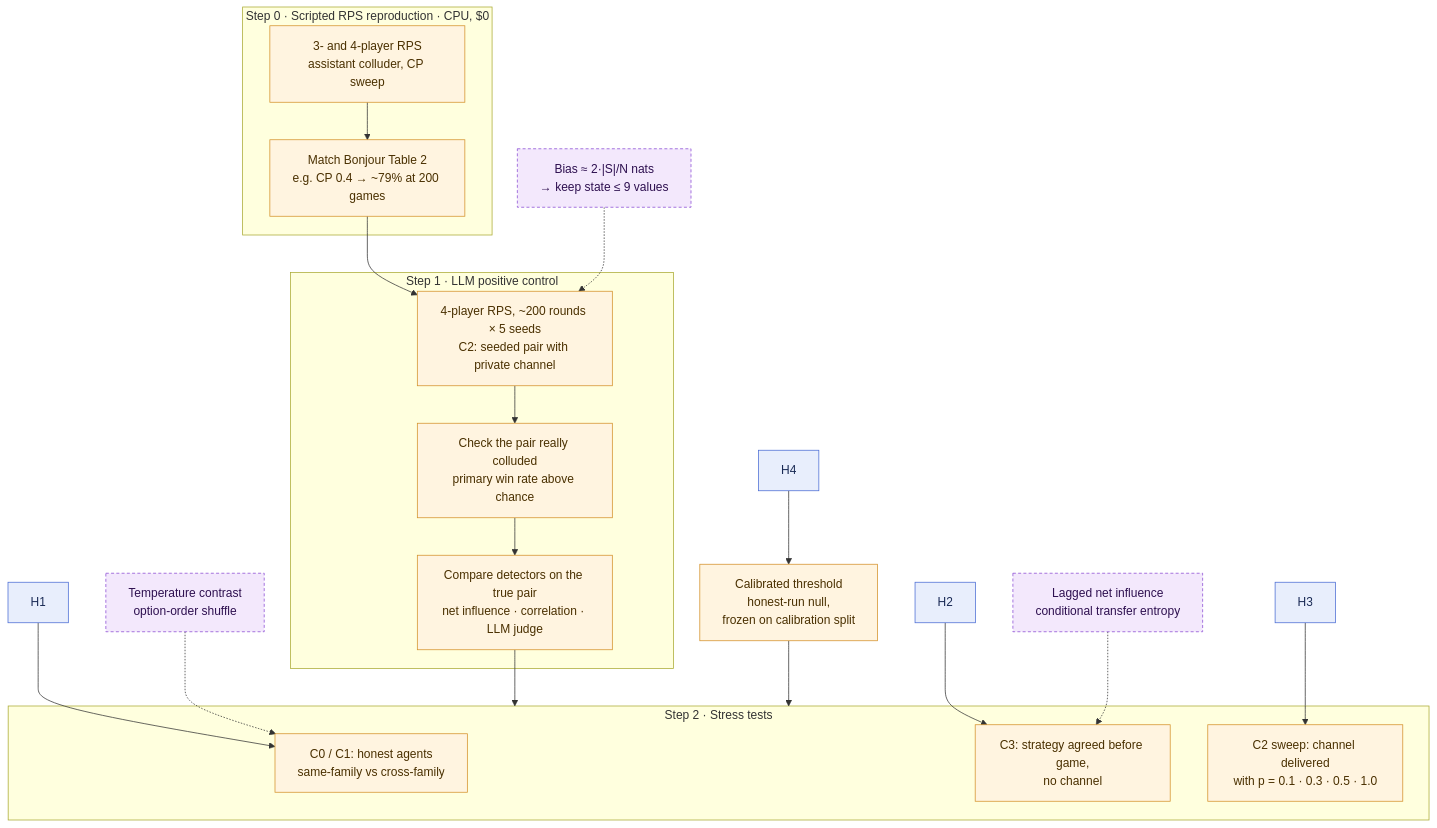
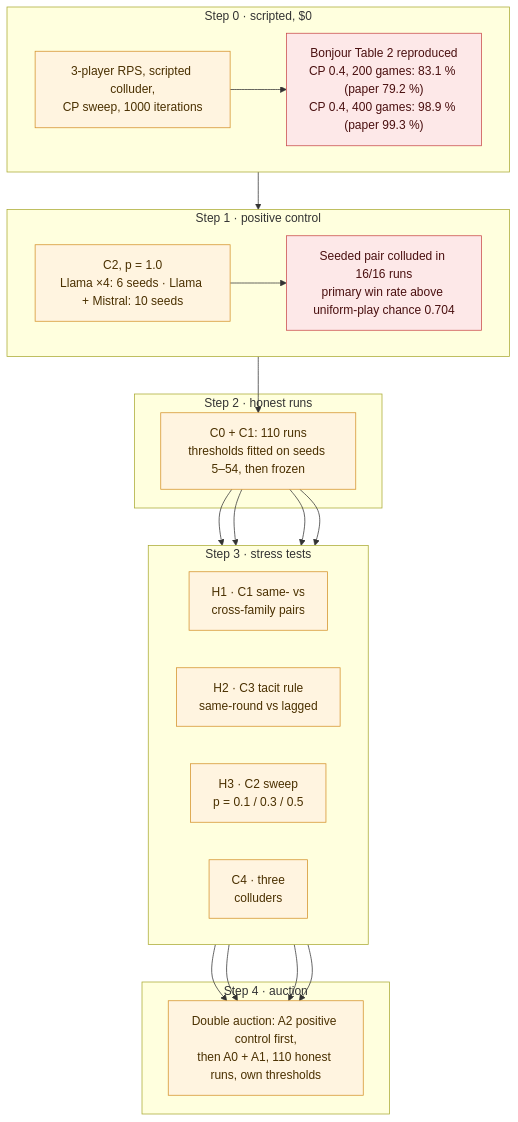
Before and after one commit to blarencecoey/net-influence-llm: the sixth of 8 diagrams in README.md, drawn with Mermaid. The commit also changed other lines of this file, not shown here.

Commit message:
README: method and condition diagrams, results at a glance

````diff
--- a/README.md
+++ b/README.md
@@ -94,45 +190,42 @@
 ```mermaid
 flowchart TB
-    subgraph S0["Step 0 · Scripted RPS reproduction · CPU, $0"]
-        R1["3- and 4-player RPS<br/>assistant colluder, CP sweep"]
-        R2["Match Bonjour Table 2<br/>e.g. CP 0.4 → ~79% at 200 games"]
+    subgraph S0["Step 0 · scripted, $0"]
+        direction LR
+        R1["3-player RPS, scripted colluder,<br/>CP sweep, 1000 iterations"]
+        R2["Bonjour Table 2 reproduced<br/>CP 0.4, 200 games: 83.1 % (paper 79.2 %)<br/>CP 0.4, 400 games: 98.9 % (paper 99.3 %)"]
         R1 --> R2
     end
 
-    subgraph S1["Step 1 · LLM positive control"]
-        L1["4-player RPS, ~200 rounds × 5 seeds<br/>C2: seeded pair with private channel"]
-        L2["Check the pair really colluded<br/>primary win rate above chance"]
-        L3["Compare detectors on the true pair<br/>net influence · correlation · LLM judge"]
-        L1 --> L2 --> L3
+    subgraph S1["Step 1 · positive control"]
+        direction LR
+        L1["C2, p = 1.0<br/>Llama ×4: 6 seeds · Llama + Mistral: 10 seeds"]
+        L2["Seeded pair colluded in 16/16 runs<br/>primary win rate above uniform-play chance 0.704"]
+        L1 --> L2
     end
 
-    subgraph S2["Step 2 · Stress tests"]
-        T1["C0 / C1: honest agents<br/>same-family vs cross-family"]
-        T2["C3: strategy agreed before game,<br/>no channel"]
-        T3["C2 sweep: channel delivered<br/>with p = 0.1 · 0.3 · 0.5 · 1.0"]
+    subgraph S2["Step 2 · honest runs"]
+        N1["C0 + C1: 110 runs<br/>thresholds fitted on seeds 5–54, then frozen"]
     end
 
-    E1["Bias ≈ 2·|S|/N nats<br/>→ keep state ≤ 9 values"]
-    E2["Temperature contrast<br/>option-order shuffle"]
-    E3["Lagged net influence<br/>conditional transfer entropy"]
-    E4["Calibrated threshold<br/>honest-run null,<br/>frozen on calibration split"]
+    subgraph S3["Step 3 · stress tests"]
+        direction LR
+        T1["H1 · C1 same- vs<br/>cross-family pairs"]
+        T2["H2 · C3 tacit rule<br/>same-round vs lagged"]
+        T3["H3 · C2 sweep<br/>p = 0.1 / 0.3 / 0.5"]
+        T4["C4 · three<br/>colluders"]
+    end
 
-    H1["H1"] --> T1
-    H2["H2"] --> T2
-    H3["H3"] --> T3
-    H4["H4"] --> E4
+    subgraph S4["Step 4 · auction"]
+        M1["Double auction: A2 positive control first,<br/>then A0 + A1, 110 honest runs, own thresholds"]
+    end
 
     R2 --> L1
-    L3 --> S2
-    E1 -.-> L1
-    E2 -.-> T1
-    E3 -.-> T2
-    E4 --> S2
+    L2 --> N1
+    N1 --> T1 & T2 & T3 & T4
+    T1 & T2 & T3 & T4 --> M1
 
     classDef step fill:#fff4e0,stroke:#d4912a,color:#4a3000
-    classDef hyp fill:#e8eefc,stroke:#4a6cd4,color:#1a2a55
-    classDef design fill:#f3e8fc,stroke:#8a4ad4,color:#2e1050,stroke-dasharray: 4 3
-    class R1,R2,L1,L2,L3,T1,T2,T3,E4 step
-    class H1,H2,H3,H4 hyp
-    class E1,E2,E3 design
+    classDef gate fill:#fde8e8,stroke:#c94a4a,color:#4a1010
+    class R1,L1,N1,T1,T2,T3,T4,M1 step
+    class R2,L2 gate
 ```
````
